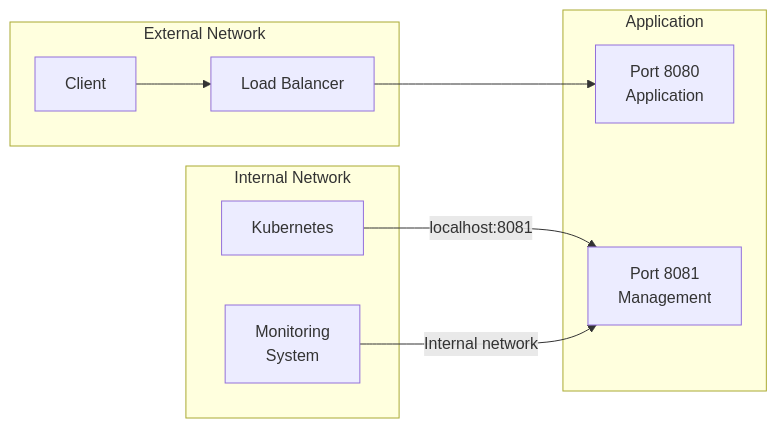
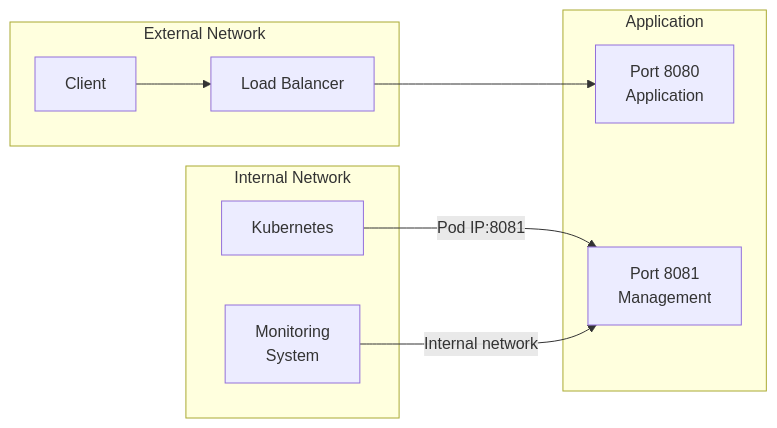
One commit to OneUptime/blog changed the fourth of 5 diagrams in posts/2026-01-26-spring-boot-actuator-health/README.md. Above: the diagram before and after it, drawn with Mermaid. The commit also changed other lines of this file and 2 other files, not shown here.

````diff
--- a/posts/2026-01-26-spring-boot-actuator-health/README.md
+++ b/posts/2026-01-26-spring-boot-actuator-health/README.md
@@ -516,22 +531,22 @@
 ```mermaid
 flowchart LR
     subgraph "External Network"
         Client["Client"]
         LB["Load Balancer"]
     end
 
     subgraph "Internal Network"
         K8S["Kubernetes"]
         Monitor["Monitoring<br/>System"]
     end
 
     subgraph "Application"
         App["Port 8080<br/>Application"]
         Mgmt["Port 8081<br/>Management"]
     end
 
     Client --> LB
     LB --> App
-    K8S -->|"localhost:8081"| Mgmt
+    K8S -->|"Pod IP:8081"| Mgmt
     Monitor -->|"Internal network"| Mgmt
 ```
````
